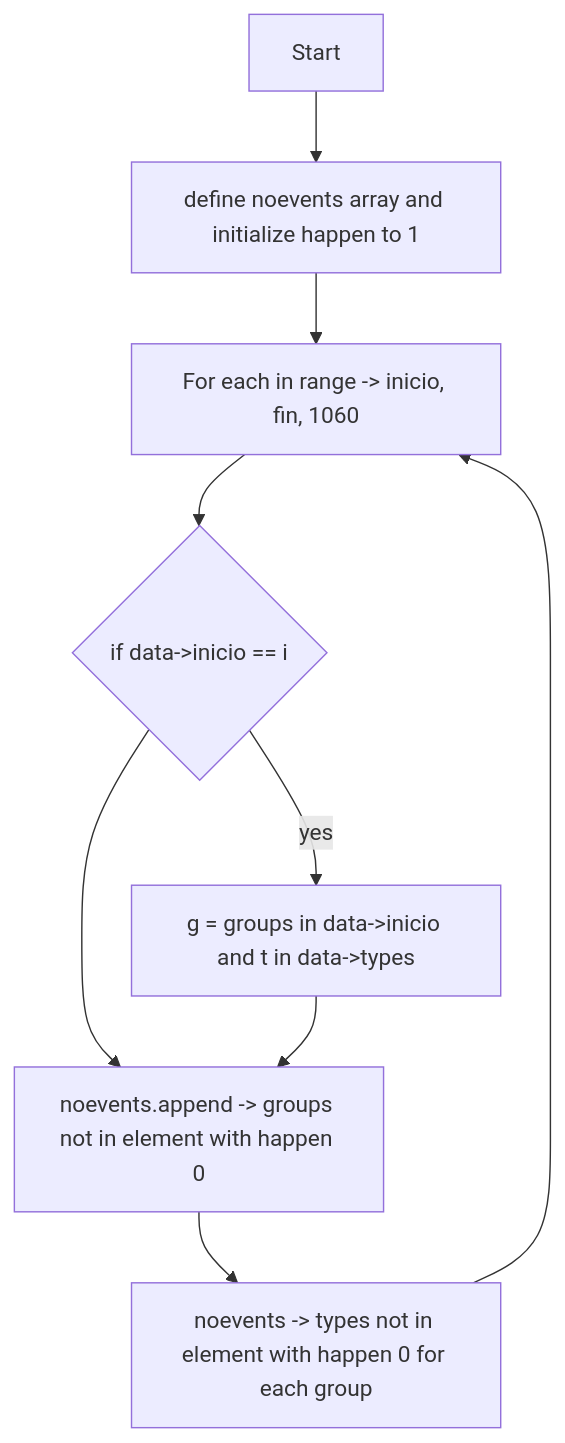
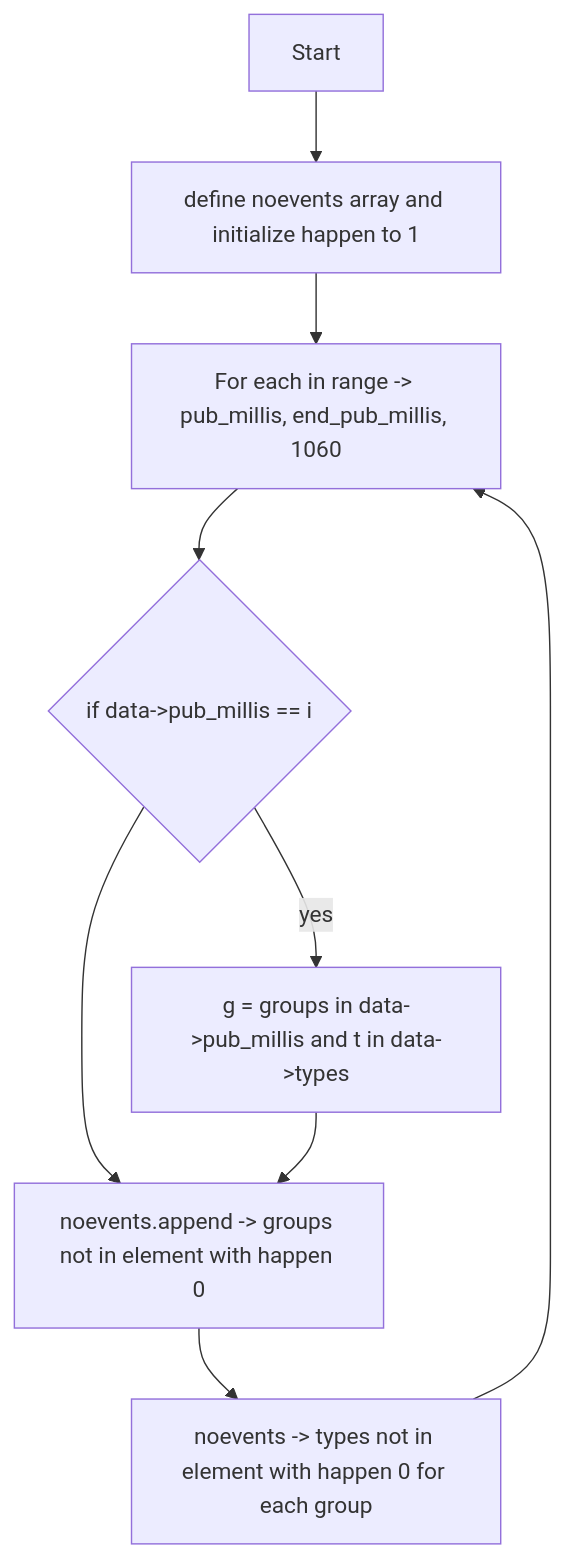
The diagram in docs/noevents.md (richardhapb/antof-traffic-client), drawn with Mermaid before and after one commit. The commit also changed 7 other files, not shown here.

```diff
--- a/docs/noevents.md
+++ b/docs/noevents.md
@@ -1,12 +1,12 @@
 :::mermaid
 graph TD
 
     A[Start] --> B[define noevents array and initialize happen to 1]
-    B --> C[For each in range -> inicio, fin, 1060]
-    C --> D{if data->inicio == i}
-    D --> |yes| E[g = groups in data->inicio and t in data->types]
+    B --> C[For each in range -> pub_millis, end_pub_millis, 1060]
+    C --> D{if data->pub_millis == i}
+    D --> |yes| E[g = groups in data->pub_millis and t in data->types]
     D --> F[noevents.append -> groups not in element with happen 0]
     E --> F
     F --> G[noevents -> types not in element with happen 0 for each group]
     G-->C
 :::
```
